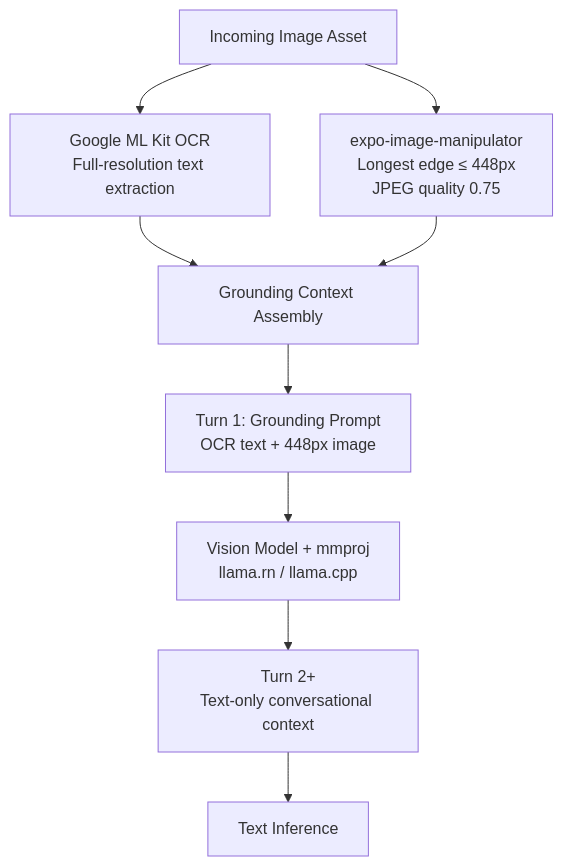
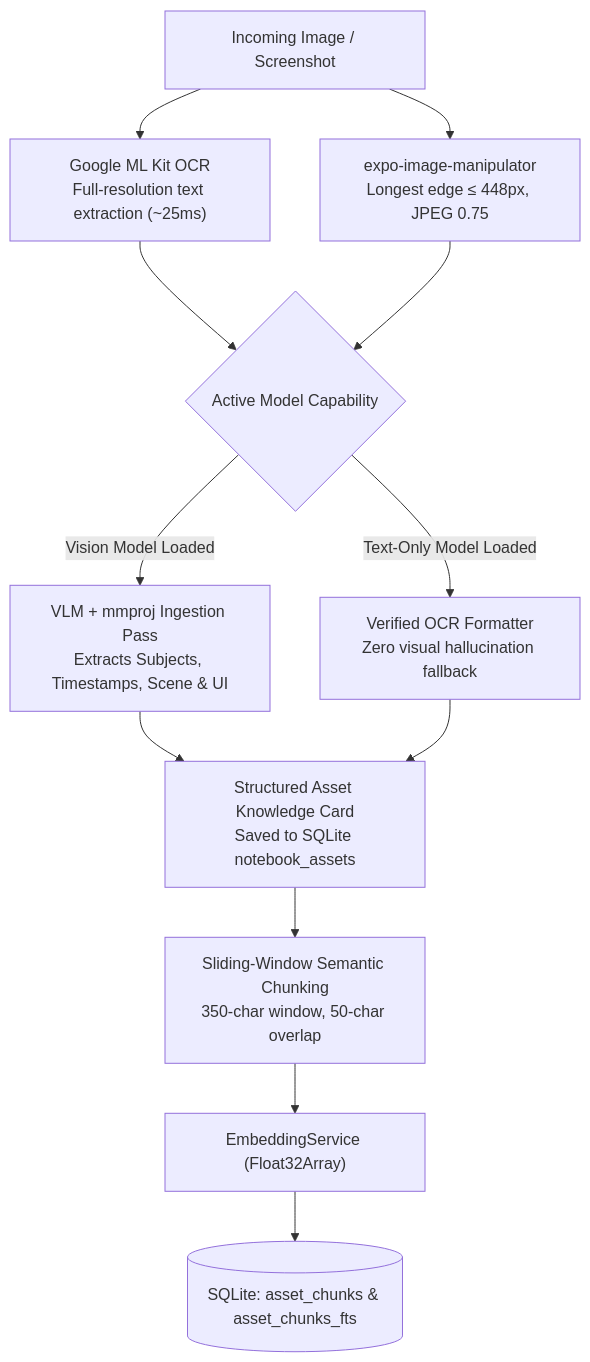
One commit to Yatin-2001/EdgeAnalyzer changed the first of 4 diagrams in README.md. Above: the diagram before and after it, drawn with Mermaid. The commit also changed other lines of this file and 3 other files, not shown here.

````diff
--- a/README.md
+++ b/README.md
@@ -107,16 +93,21 @@
-``` mermaid
+```mermaid
 flowchart TD
-    IMAGE["Incoming Image Asset"]
+    IMG["Incoming Image / Screenshot"]
 
-    IMAGE --> OCR["Google ML Kit OCR<br/>Full-resolution text extraction"]
-    IMAGE --> RESIZE["expo-image-manipulator<br/>Longest edge ≤ 448px<br/>JPEG quality 0.75"]
+    IMG --> OCR["Google ML Kit OCR<br/>Full-resolution text extraction (~25ms)"]
+    IMG --> RESIZE["expo-image-manipulator<br/>Longest edge ≤ 448px, JPEG 0.75"]
 
-    OCR --> GROUND["Grounding Context Assembly"]
-    RESIZE --> GROUND
+    OCR --> ROUTE{"Active Model Capability"}
+    RESIZE --> ROUTE
 
-    GROUND --> TURN1["Turn 1: Grounding Prompt<br/>OCR text + 448px image"]
-    TURN1 --> VLM["Vision Model + mmproj<br/>llama.rn / llama.cpp"]
+    ROUTE -->|Vision Model Loaded| VLM["VLM + mmproj Ingestion Pass<br/>Extracts Subjects, Timestamps, Scene & UI"]
+    ROUTE -->|Text-Only Model Loaded| TEXT["Verified OCR Formatter<br/>Zero visual hallucination fallback"]
 
-    VLM --> TEXTCTX["Turn 2+<br/>Text-only conversational context"]
-    TEXTCTX --> LLM["Text Inference"]
+    VLM --> CARD["Structured Asset Knowledge Card<br/>Saved to SQLite notebook_assets"]
+    TEXT --> CARD
+
+    CARD --> CHUNKING["Sliding-Window Semantic Chunking<br/>350-char window, 50-char overlap"]
+    CHUNKING --> EMBED["EmbeddingService (Float32Array)"]
+    EMBED --> DB[("SQLite: asset_chunks & asset_chunks_fts")]
+
 ```
````
